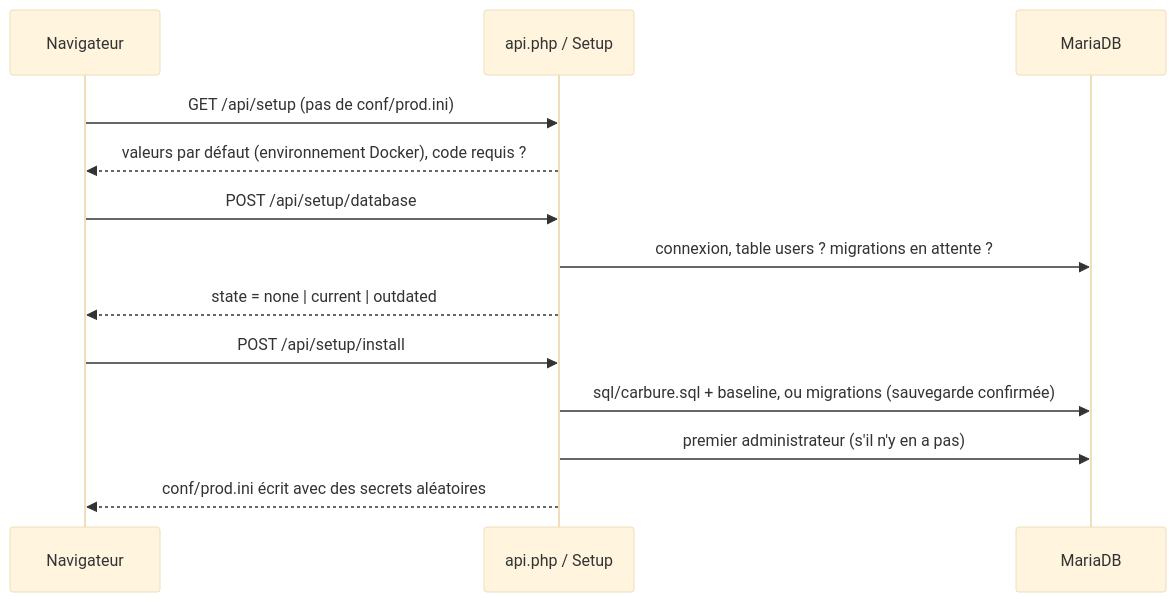
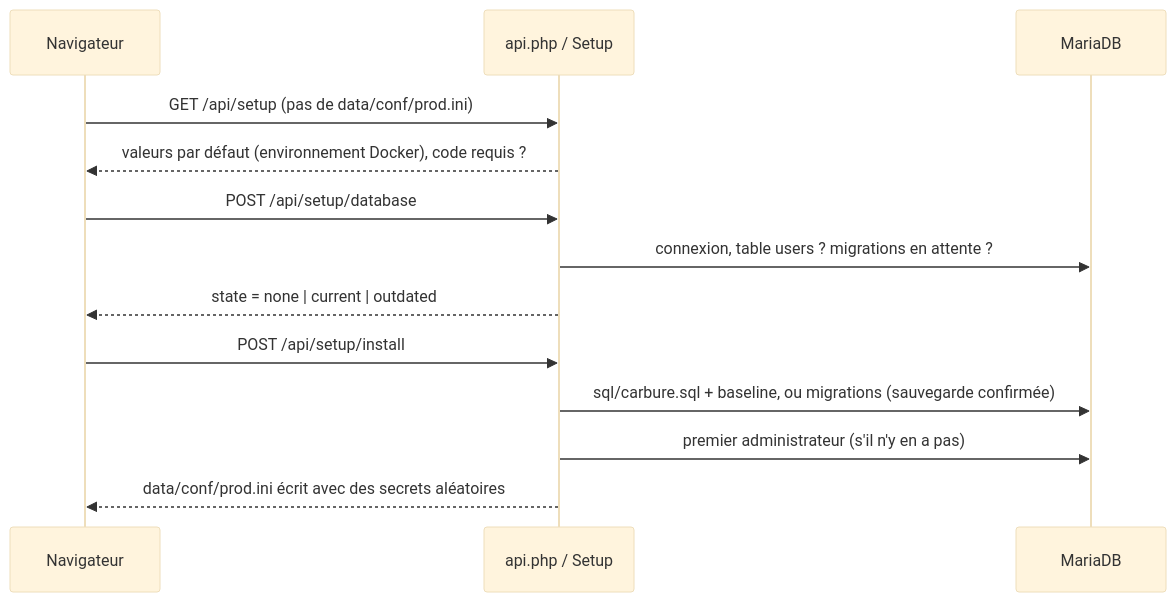
The fourth of 4 diagrams in docs/architecture.md (ltoinel/Carbure), drawn with Mermaid (base theme) before and after one commit. The commit also changed other lines of this file and 23 other files, not shown here.

````diff
--- a/docs/architecture.md
+++ b/docs/architecture.md
@@ -118,15 +118,15 @@
 ```mermaid
 sequenceDiagram
     participant N as Navigateur
     participant S as api.php / Setup
     participant D as MariaDB
-    N->>S: GET /api/setup (pas de conf/prod.ini)
+    N->>S: GET /api/setup (pas de data/conf/prod.ini)
     S-->>N: valeurs par défaut (environnement Docker), code requis ?
     N->>S: POST /api/setup/database
     S->>D: connexion, table users ? migrations en attente ?
     S-->>N: state = none | current | outdated
     N->>S: POST /api/setup/install
     S->>D: sql/carbure.sql + baseline, ou migrations (sauvegarde confirmée)
     S->>D: premier administrateur (s'il n'y en a pas)
-    S-->>N: conf/prod.ini écrit avec des secrets aléatoires
+    S-->>N: data/conf/prod.ini écrit avec des secrets aléatoires
 ```
````
